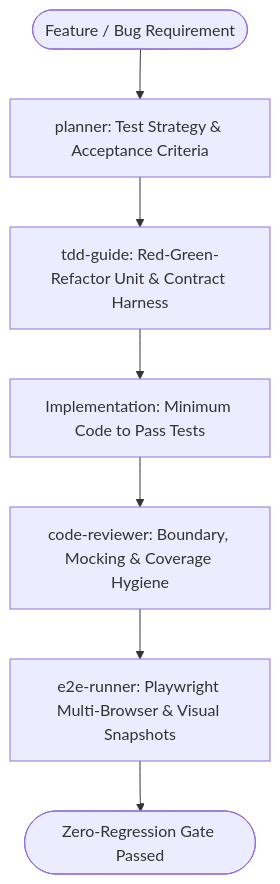
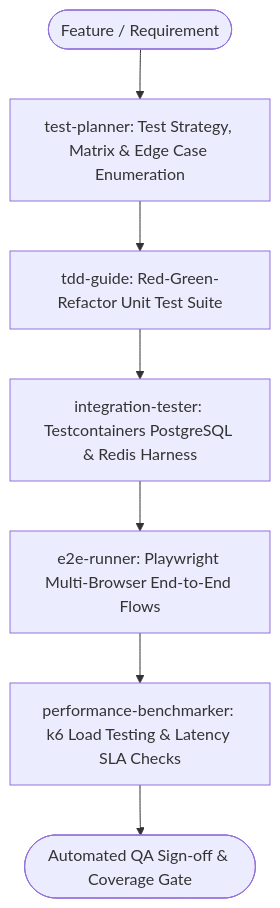
The diagram in workflows/qa-testing-suite.md (lengoctuong2005/vibe-rules-hub), drawn with Mermaid before and after one commit. The commit also changed other lines of this file and 26 other files, not shown here.

````diff
--- a/workflows/qa-testing-suite.md
+++ b/workflows/qa-testing-suite.md
@@ -23,9 +23,9 @@
 ```mermaid
 graph TD
-    Spec([Feature / Bug Requirement]) --> Planner[planner: Test Strategy & Acceptance Criteria]
-    Planner --> TDD[tdd-guide: Red-Green-Refactor Unit & Contract Harness]
-    TDD --> Implementer[Implementation: Minimum Code to Pass Tests]
-    Implementer --> CodeReviewer[code-reviewer: Boundary, Mocking & Coverage Hygiene]
-    CodeReviewer --> E2ERunner[e2e-runner: Playwright Multi-Browser & Visual Snapshots]
-    E2ERunner --> GateKeeper([Zero-Regression Gate Passed])
+    UserStory([Feature / Requirement]) --> TestPlanner[test-planner: Test Strategy, Matrix & Edge Case Enumeration]
+    TestPlanner --> TDDGuide[tdd-guide: Red-Green-Refactor Unit Test Suite]
+    TDDGuide --> IntegrationTester[integration-tester: Testcontainers PostgreSQL & Redis Harness]
+    IntegrationTester --> E2ERunner[e2e-runner: Playwright Multi-Browser End-to-End Flows]
+    E2ERunner --> Benchmarker[performance-benchmarker: k6 Load Testing & Latency SLA Checks]
+    Benchmarker --> ReleaseSignoff([Automated QA Sign-off & Coverage Gate])
 ```
````
